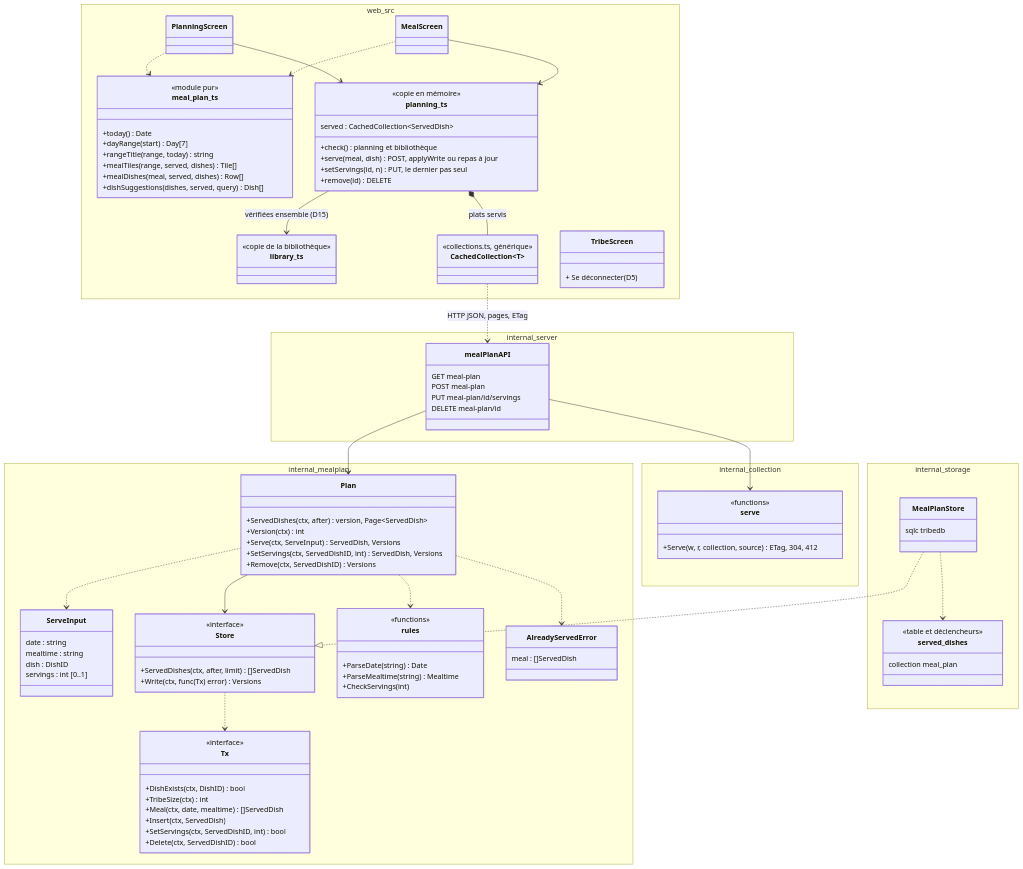
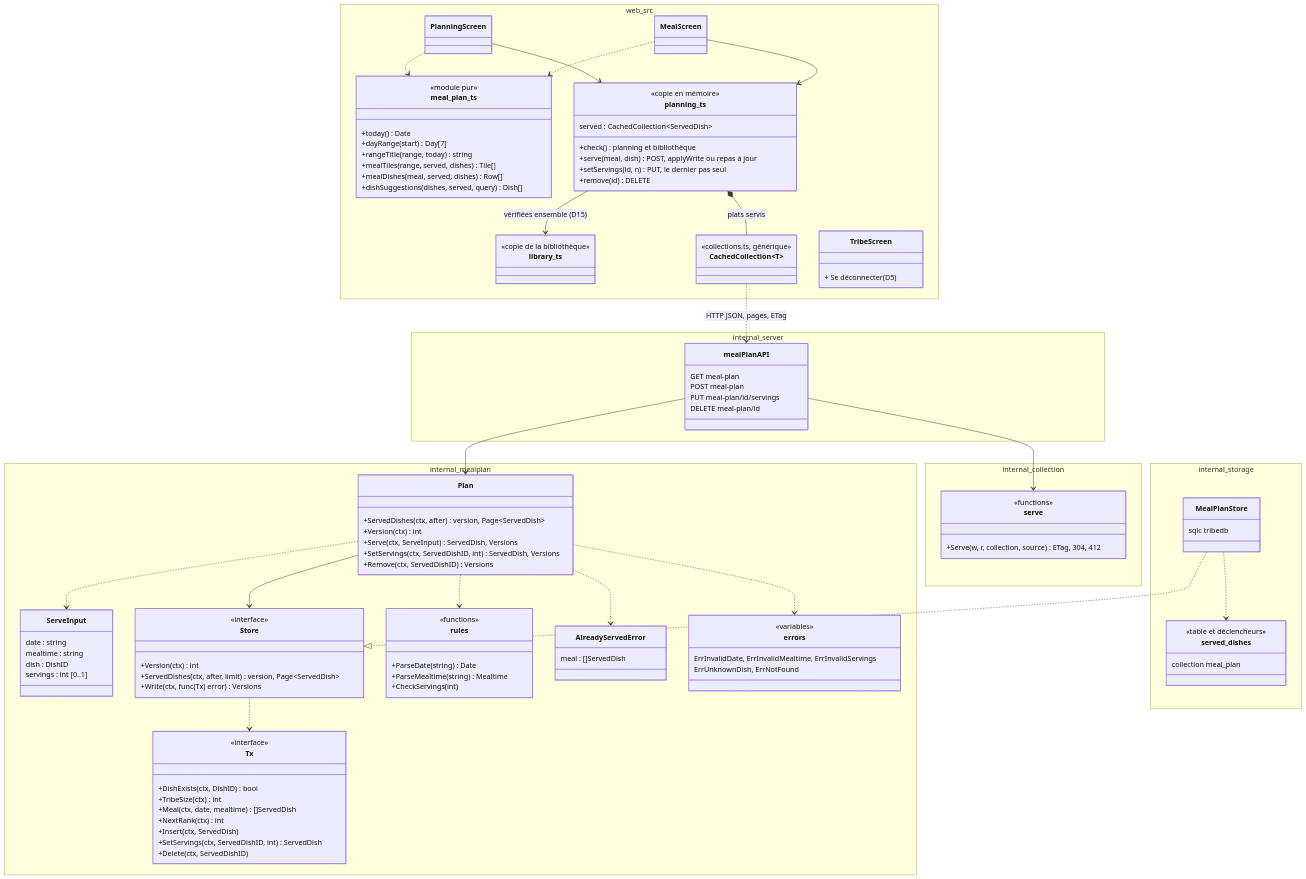
Before and after one commit to nelt/tribe-menus: the second of 6 diagrams in docs/conception/planning-des-repas.md, drawn with Mermaid. The commit also changed other lines of this file and 23 other files, not shown here.

```diff
--- a/docs/conception/planning-des-repas.md
+++ b/docs/conception/planning-des-repas.md
@@ -83,7 +83,8 @@
         }
         class Store {
             <<interface>>
-            +ServedDishes(ctx, after, limit) []ServedDish
+            +Version(ctx) int
+            +ServedDishes(ctx, after, limit) version, Page~ServedDish~
             +Write(ctx, func(Tx) error) Versions
         }
         class Tx {
@@ -91,9 +92,10 @@
             +DishExists(ctx, DishID) bool
             +TribeSize(ctx) int
             +Meal(ctx, date, mealtime) []ServedDish
+            +NextRank(ctx) int
             +Insert(ctx, ServedDish)
-            +SetServings(ctx, ServedDishID, int) bool
-            +Delete(ctx, ServedDishID) bool
+            +SetServings(ctx, ServedDishID, int) ServedDish
+            +Delete(ctx, ServedDishID)
         }
         class rules {
             <<functions>>
@@ -103,6 +105,11 @@
         }
         class AlreadyServedError {
             meal : []ServedDish
+        }
+        class errors {
+            <<variables>>
+            ErrInvalidDate, ErrInvalidMealtime, ErrInvalidServings
+            ErrUnknownDish, ErrNotFound
         }
     }
     namespace internal_collection {
@@ -166,6 +173,7 @@
     Plan ..> rules
     Plan ..> ServeInput
     Plan ..> AlreadyServedError
+    Plan ..> errors
     MealPlanStore ..|> Store
     MealPlanStore ..> served_dishes
     PlanningScreen --> planning_ts
```
